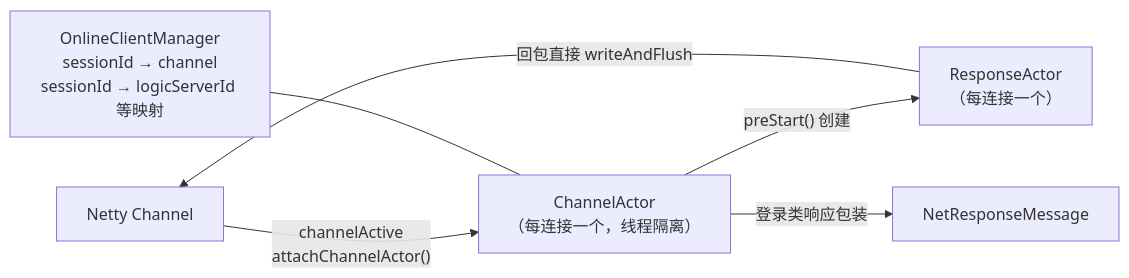
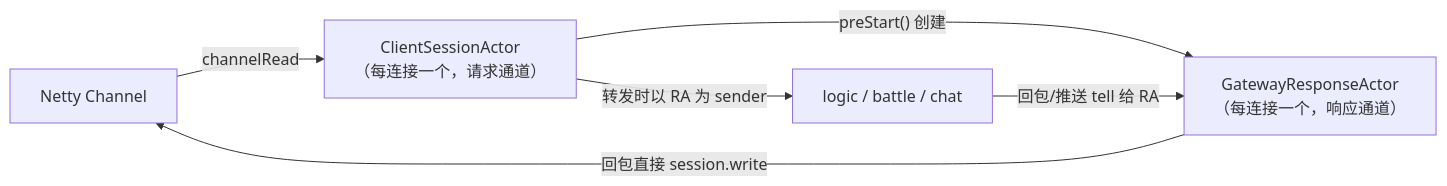
The sixth of 12 diagrams in doc/document/架构设计文档.md (132982jianan/JGameServer), drawn with Mermaid before and after one commit. The commit also changed other lines of this file and 15 other files, not shown here.

````diff
--- a/doc/document/架构设计文档.md
+++ b/doc/document/架构设计文档.md
@@ -298,8 +298,8 @@
 ```mermaid
 flowchart LR
-    CH["Netty Channel"] -->|"channelActive<br/>attachChannelActor()"| CA["ChannelActor<br/>（每连接一个，线程隔离）"]
-    CA -->|"preStart() 创建"| RA["ResponseActor<br/>（每连接一个）"]
-    CA -->|"登录类响应包装"| NRM["NetResponseMessage"]
-    RA -->|"回包直接 writeAndFlush"| CH
-    OC["OnlineClientManager<br/>sessionId → channel<br/>sessionId → logicServerId 等映射"] --- CA
+    CH["Netty Channel"] -->|"channelRead"| CA["ClientSessionActor<br/>（每连接一个，请求通道）"]
+    CA -->|"preStart() 创建"| RA["GatewayResponseActor<br/>（每连接一个，响应通道）"]
+    CA -->|"转发时以 RA 为 sender"| LB["logic / battle / chat"]
+    LB -->|"回包/推送 tell 给 RA"| RA
+    RA -->|"回包直接 session.write"| CH
 ```
````
